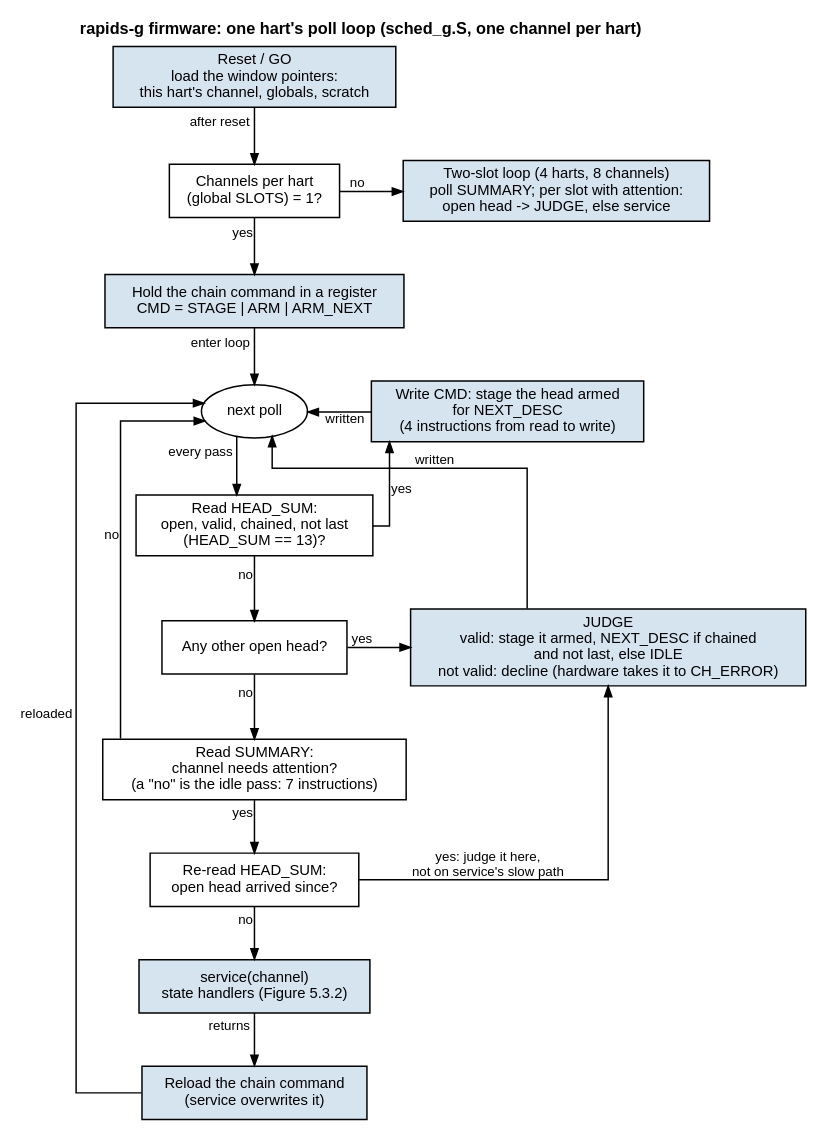
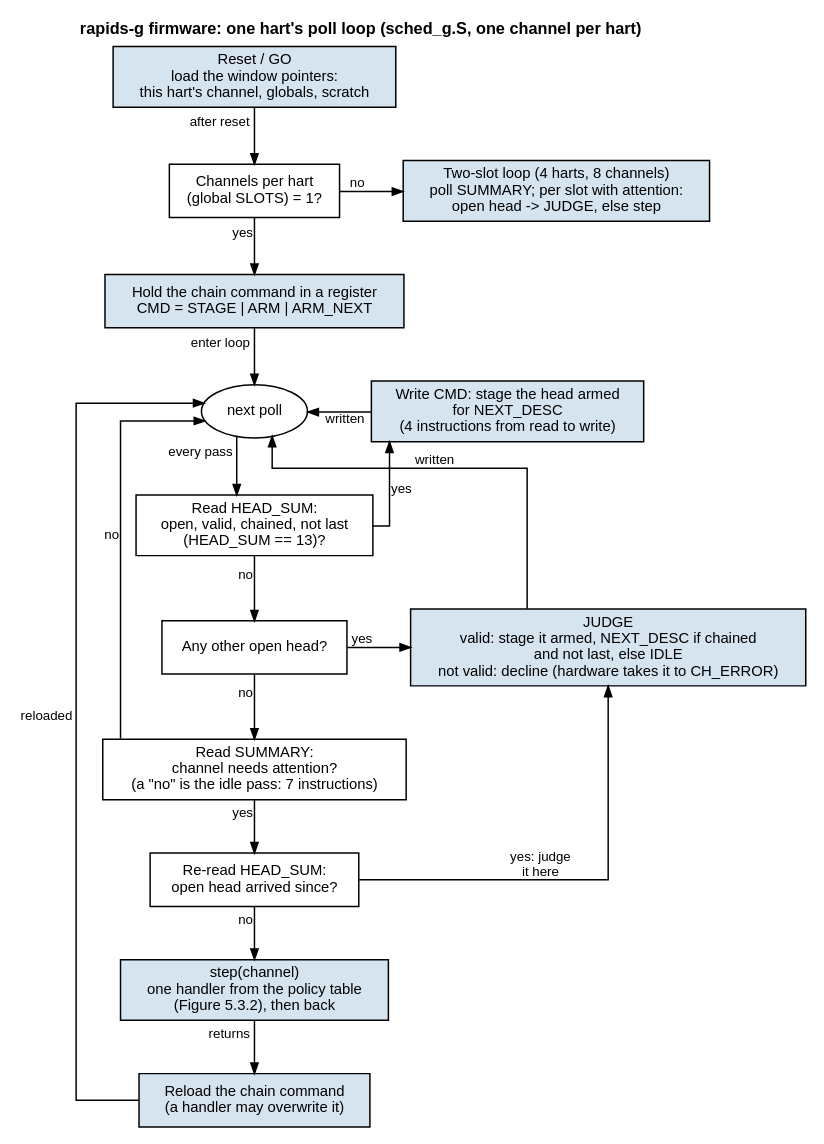
The diagram in projects/components/dma-ip/rapids/docs/rapids_mas/assets/graphviz/12_rapids_g_fw_poll_loop.dot (sean-galloway/RTLDesignSherpa), drawn with Graphviz before and after one commit. The commit also changed 56 other files, not shown here.

```diff
--- a/projects/components/dma-ip/rapids/docs/rapids_mas/assets/graphviz/12_rapids_g_fw_poll_loop.dot
+++ b/projects/components/dma-ip/rapids/docs/rapids_mas/assets/graphviz/12_rapids_g_fw_poll_loop.dot
@@ -1,50 +1,50 @@
 // render: no-key (decision-tree / process-flow vocabulary, not the element key)
 // rapids-g firmware, one hart's poll loop: a procedure in the house
 // decision-tree vocabulary (white questions, blue actions, every arrow labeled).
 // Verified against rtl/fw_g/sched_g.S (_start, one_loop, one_chain, one_judge,
-// main_loop, the JUDGE macro). Instruction counts are from the source.
+// main_loop, step, the JUDGE macro). Instruction counts are from the source.
 digraph rapids_g_fw_poll_loop {
     graph [rankdir=TB, bgcolor="white", fontname="Helvetica", fontsize=11,
            nodesep="0.6", ranksep="0.5", splines=ortho, newrank=true,
            label=<<B>rapids-g firmware: one hart's poll loop (sched_g.S, one channel per hart)</B>>,
            labelloc=t, labeljust=c];
     node  [fontname="Helvetica", fontsize=10, shape=box, style=filled,
            fillcolor="#D6E4F0", color="black", margin="0.12,0.06"];
     edge  [fontname="Helvetica", fontsize=9, color="black", arrowsize=0.7];
 
     start  [group=A, label="Reset / GO\nload the window pointers:\nthis hart's channel, globals, scratch"];
     slots  [group=A, label="Channels per hart\n(global SLOTS) = 1?", fillcolor="white"];
-    two    [group=B, label="Two-slot loop (4 harts, 8 channels)\npoll SUMMARY; per slot with attention:\nopen head -> JUDGE, else service"];
+    two    [group=B, label="Two-slot loop (4 harts, 8 channels)\npoll SUMMARY; per slot with attention:\nopen head -> JUDGE, else step"];
     ld     [group=A, label="Hold the chain command in a register\nCMD = STAGE | ARM | ARM_NEXT"];
     poll   [group=A, shape=ellipse, fillcolor="white", label="next poll"];
     hs     [group=A, label="Read HEAD_SUM:\nopen, valid, chained, not last\n(HEAD_SUM == 13)?", fillcolor="white"];
     chain  [group=B, label="Write CMD: stage the head armed\nfor NEXT_DESC\n(4 instructions from read to write)"];
     open   [group=A, label="Any other open head?", fillcolor="white"];
     judge  [group=B, label="JUDGE\nvalid: stage it armed, NEXT_DESC if chained\nand not last, else IDLE\nnot valid: decline (hardware takes it to CH_ERROR)"];
     attn   [group=A, label="Read SUMMARY:\nchannel needs attention?\n(a \"no\" is the idle pass: 7 instructions)", fillcolor="white"];
     late   [group=A, label="Re-read HEAD_SUM:\nopen head arrived since?", fillcolor="white"];
-    svc    [group=A, label="service(channel)\nstate handlers (Figure 5.3.2)"];
-    reload [group=A, label="Reload the chain command\n(service overwrites it)"];
+    svc    [group=A, label="step(channel)\none handler from the policy table\n(Figure 5.3.2), then back"];
+    reload [group=A, label="Reload the chain command\n(a handler may overwrite it)"];
 
     start -> slots  [xlabel="after reset"];
     slots -> two    [xlabel="no"];
     slots -> ld     [xlabel="yes"];
     ld    -> poll   [xlabel="enter loop"];
     poll  -> hs     [xlabel="every pass"];
     hs    -> chain  [xlabel="yes"];
     chain -> poll   [xlabel="written", constraint=false];
     hs    -> open   [xlabel="no"];
     open  -> judge  [xlabel="yes"];
     judge -> poll   [xlabel="written", constraint=false];
     open  -> attn   [xlabel="no"];
     attn  -> poll   [xlabel="no", constraint=false];
     attn  -> late   [xlabel="yes"];
-    late  -> judge  [xlabel="yes: judge it here,\nnot on service's slow path"];
+    late  -> judge  [xlabel="yes: judge\nit here"];
     late  -> svc    [xlabel="no"];
     svc   -> reload [xlabel="returns"];
     reload -> poll  [xlabel="reloaded", constraint=false];
 
     { rank=same; slots; two; }
     { rank=same; poll; chain; }
     { rank=same; open; judge; }
 }
```
